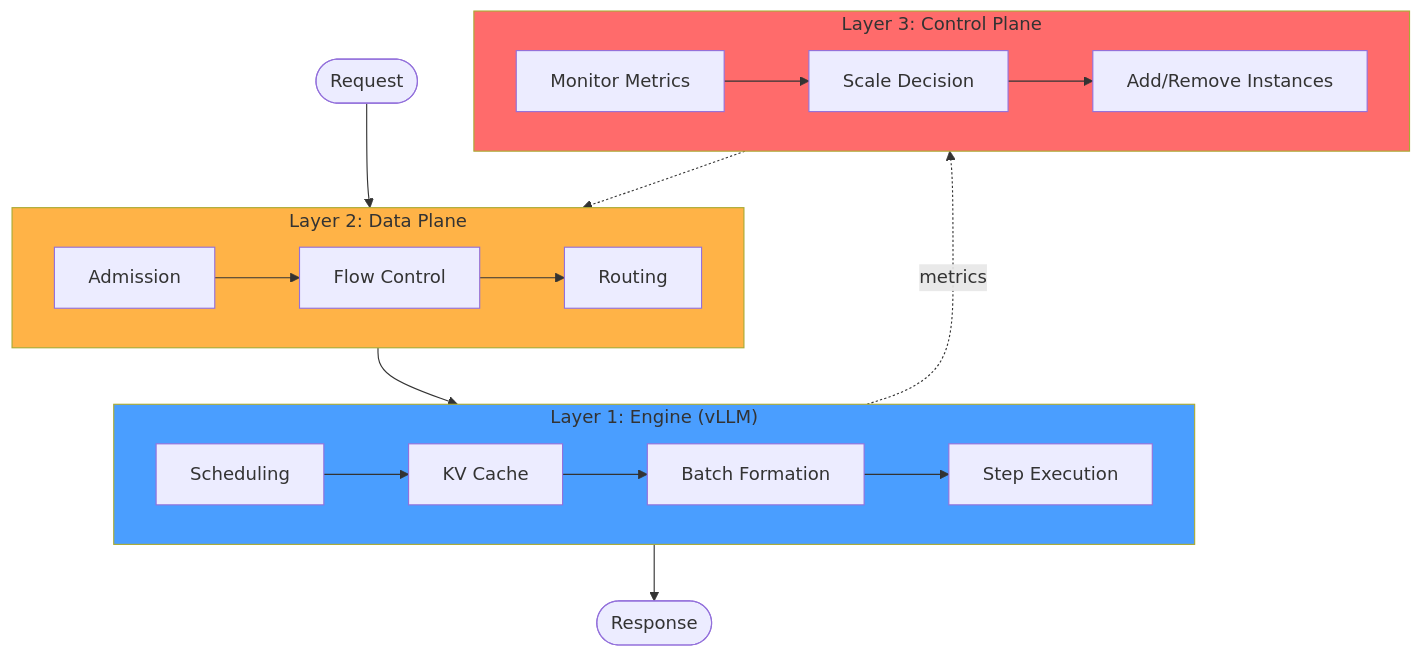
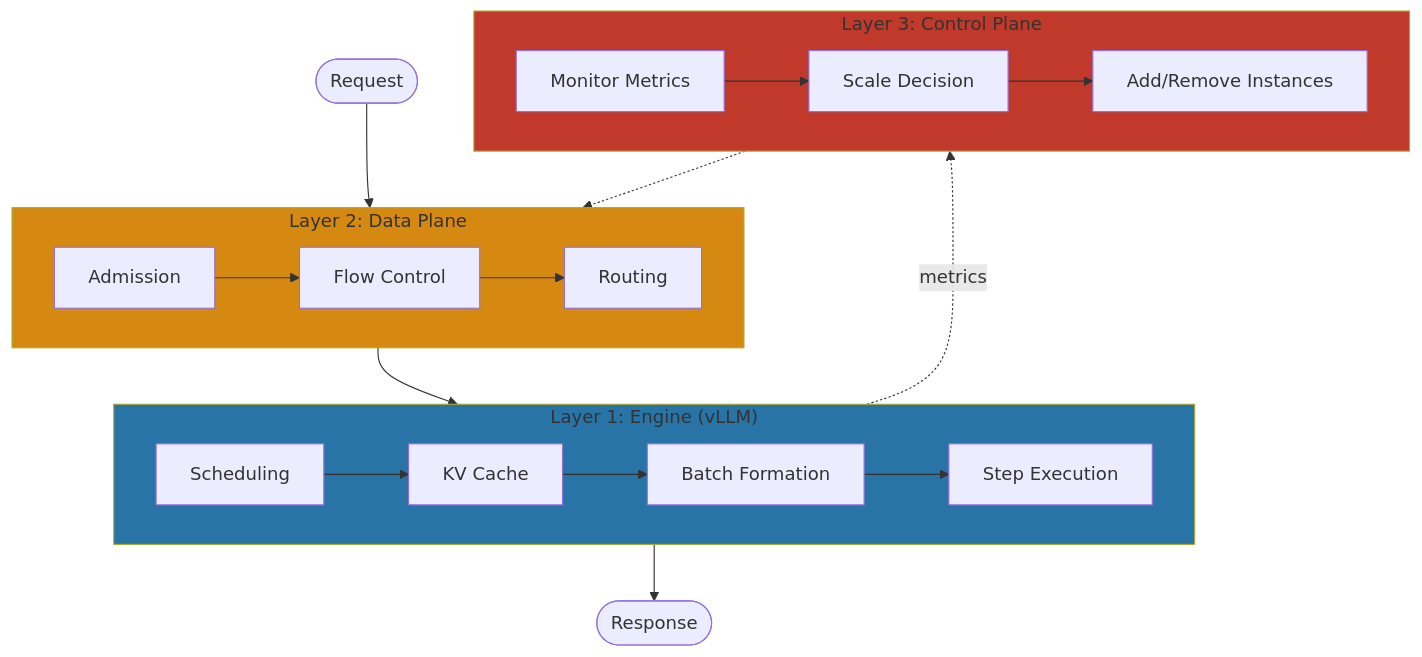
The diagram in docs/blog/posts/building-trust-physics-of-simulation.md (inference-sim/inference-sim), drawn with Mermaid before and after one commit.

Commit message:
docs(blog): use much darker background colors for better visibility

````diff
--- a/docs/blog/posts/building-trust-physics-of-simulation.md
+++ b/docs/blog/posts/building-trust-physics-of-simulation.md
@@ -39,34 +39,34 @@
 ```mermaid
 flowchart TB
     subgraph Layer1["Layer 1: Engine (vLLM)"]
         Sched[Scheduling]
         KV[KV Cache]
         Batch[Batch Formation]
         Step[Step Execution]
         Sched --> KV --> Batch --> Step
     end
 
     subgraph Layer2["Layer 2: Data Plane"]
         Admit[Admission]
         Route[Routing]
         Flow[Flow Control]
         Admit --> Flow --> Route
     end
 
     subgraph Layer3["Layer 3: Control Plane"]
         Monitor[Monitor Metrics]
         Decide[Scale Decision]
         Actuate[Add/Remove Instances]
         Monitor --> Decide --> Actuate
     end
 
     Request([Request]) --> Layer2
     Layer2 --> Layer1
     Layer1 --> Response([Response])
     Layer3 -.-> Layer2
     Layer1 -.->|metrics| Layer3
 
-    style Layer1 fill:#4a9eff
-    style Layer2 fill:#ffb347
-    style Layer3 fill:#ff6b6b
+    style Layer1 fill:#2874a6
+    style Layer2 fill:#d68910
+    style Layer3 fill:#c0392b
 ```
````
